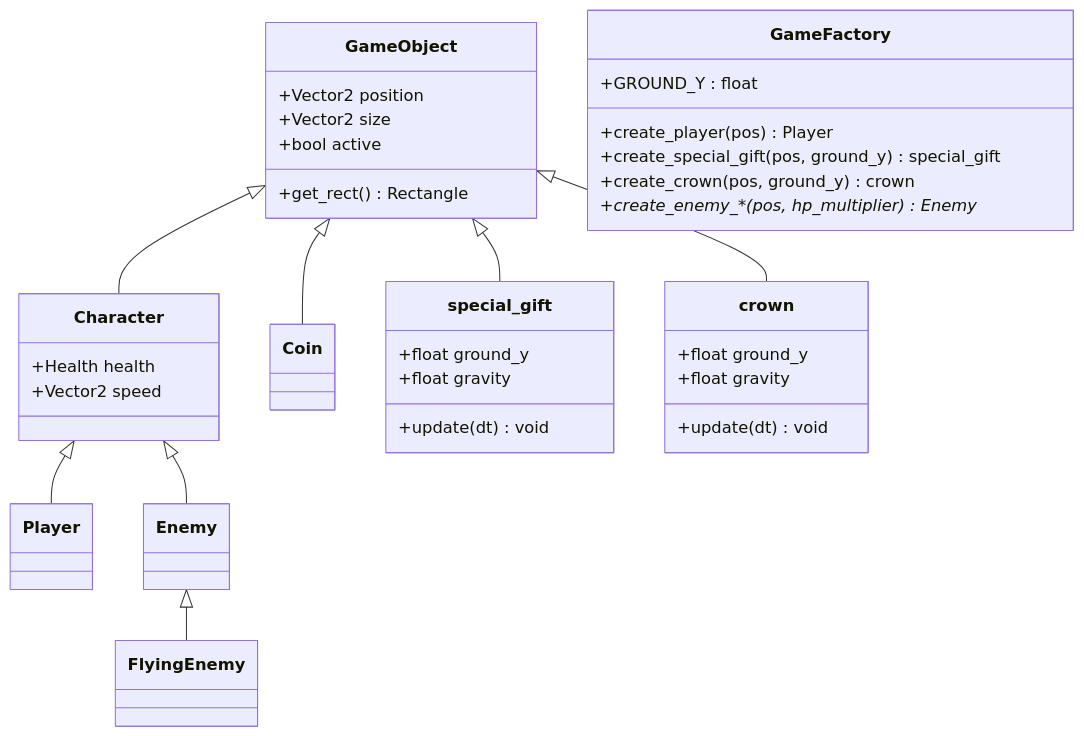
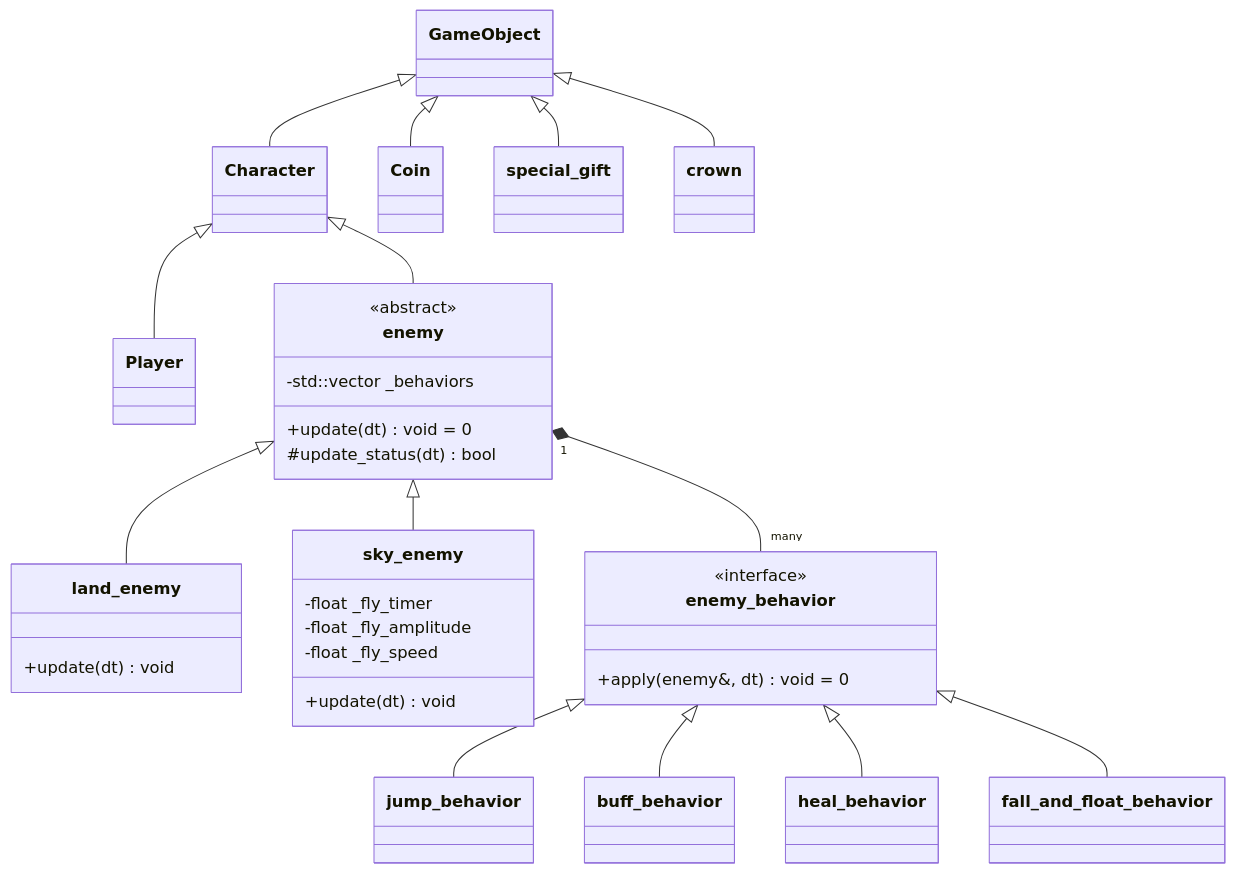
Before and after one commit to freeguy2006/Tower-Defense-MiniGame: the diagram in architecture.md, drawn with Mermaid. The commit also changed other lines of this file and 22 other files, not shown here.

Commit message:
optimize code about enemy.h and behaviors.h

````diff
--- a/architecture.md
+++ b/architecture.md
@@ -47,42 +49,37 @@
 ```mermaid
 classDiagram
     GameObject <|-- Character
     GameObject <|-- Coin
     GameObject <|-- special_gift
     GameObject <|-- crown
     Character <|-- Player
-    Character <|-- Enemy
-    Enemy <|-- FlyingEnemy
+    Character <|-- enemy
+    enemy <|-- land_enemy
+    enemy <|-- sky_enemy
     
-    class GameObject {
-        +Vector2 position
-        +Vector2 size
-        +bool active
-        +get_rect() Rectangle
+    enemy "1" *-- "many" enemy_behavior
+    enemy_behavior <|-- jump_behavior
+    enemy_behavior <|-- buff_behavior
+    enemy_behavior <|-- heal_behavior
+    enemy_behavior <|-- fall_and_float_behavior
+
+    class enemy {
+        <<abstract>>
+        -std::vector<enemy_behavior*> _behaviors
+        +update(dt) void = 0
+        #update_status(dt) bool
     }
-    
-    class Character {
-        +Health health
-        +Vector2 speed
-    }
-    
-    class special_gift {
-        +float ground_y
-        +float gravity
+    class land_enemy {
         +update(dt) void
     }
-    
-    class crown {
-        +float ground_y
-        +float gravity
+    class sky_enemy {
+        -float _fly_timer
+        -float _fly_amplitude
+        -float _fly_speed
         +update(dt) void
     }
-    
-    class GameFactory {
-        +GROUND_Y : float
-        +create_player(pos) Player
-        +create_special_gift(pos, ground_y) special_gift
-        +create_crown(pos, ground_y) crown
-        +create_enemy_*(pos, hp_multiplier) Enemy*
+    class enemy_behavior {
+        <<interface>>
+        +apply(enemy&, dt) void = 0
     }
 ```
````
